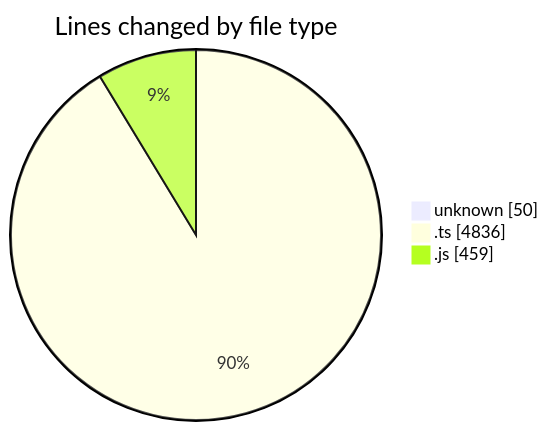
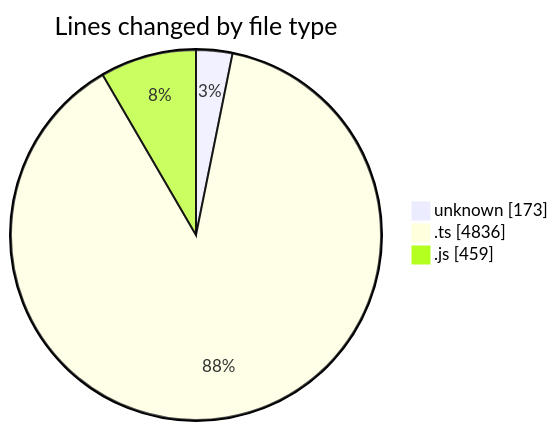
The first of 2 diagrams in 2026-08-24/cda/README.md (momahboobian/code-tracking), drawn with Mermaid before and after one commit. The commit also changed other lines of this file and 1 other file, not shown here.

````diff
--- a/2026-08-24/cda/README.md
+++ b/2026-08-24/cda/README.md
@@ -29,7 +30,7 @@
 ```mermaid
 pie showData
 title Lines changed by file type
-"unknown" : 50
+"unknown" : 173
 ".ts" : 4836
 ".js" : 459
 ```
````
